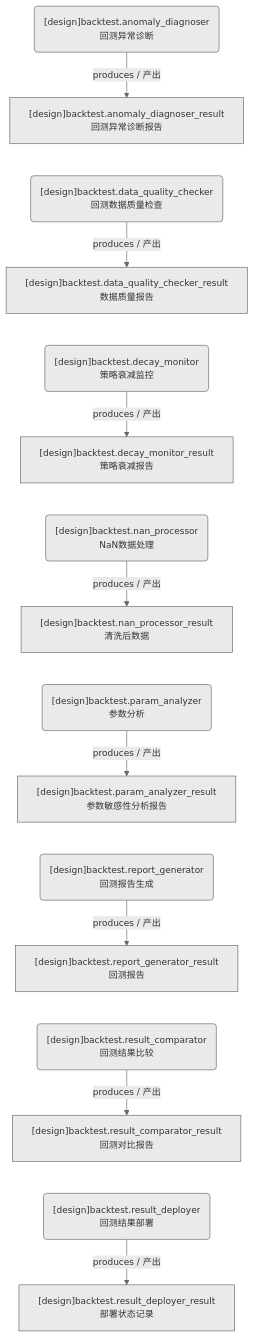
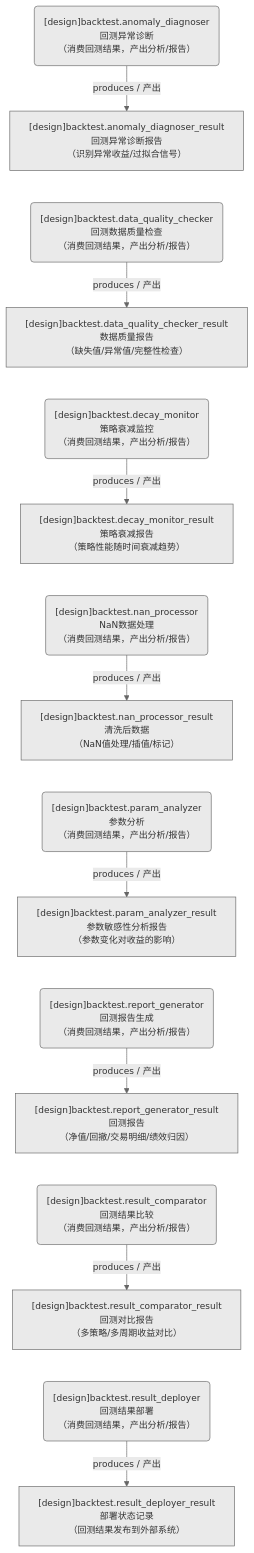
The second of 3 diagrams in docs/02_enterprise_architecture/05_dataflow_architecture/d_backtest.md (xuanFelixVan/ZephyrAlpha), drawn with Mermaid before and after one commit. The commit also changed other lines of this file and 11 other files, not shown here.

First line of the commit message:
feat(dataflow-diagram): 域文档新增全景合并图+运营态完整功能简述显示

````diff
--- a/docs/02_enterprise_architecture/05_dataflow_architecture/d_backtest.md
+++ b/docs/02_enterprise_architecture/05_dataflow_architecture/d_backtest.md
@@ -23,35 +81,35 @@
 ```mermaid
 %%{init: {'theme': 'base', 'themeVariables': {'primaryColor': '#eaeaea', 'primaryTextColor': '#333333', 'primaryBorderColor': '#666666', 'lineColor': '#666666', 'secondaryColor': '#eaeaea', 'tertiaryColor': '#eaeaea', 'fontSize': '14px'}}}%%
 flowchart TD
-    DS11245["[design]backtest.anomaly_diagnoser_result<br/>回测异常诊断报告"]
-    DS11246["[design]backtest.data_quality_checker_result<br/>数据质量报告"]
-    DS11247["[design]backtest.decay_monitor_result<br/>策略衰减报告"]
-    DS11248["[design]backtest.nan_processor_result<br/>清洗后数据"]
-    DS11249["[design]backtest.param_analyzer_result<br/>参数敏感性分析报告"]
-    DS11250["[design]backtest.report_generator_result<br/>回测报告"]
-    DS11251["[design]backtest.result_comparator_result<br/>回测对比报告"]
-    DS11252["[design]backtest.result_deployer_result<br/>部署状态记录"]
-    JOB757609("[design]backtest.anomaly_diagnoser<br/>回测异常诊断")
-    JOB757610("[design]backtest.data_quality_checker<br/>回测数据质量检查")
-    JOB757611("[design]backtest.decay_monitor<br/>策略衰减监控")
-    JOB757612("[design]backtest.nan_processor<br/>NaN数据处理")
-    JOB757613("[design]backtest.param_analyzer<br/>参数分析")
-    JOB757614("[design]backtest.report_generator<br/>回测报告生成")
-    JOB757615("[design]backtest.result_comparator<br/>回测结果比较")
-    JOB757616("[design]backtest.result_deployer<br/>回测结果部署")
+    DS11245["[design]backtest.anomaly_diagnoser_result<br/>回测异常诊断报告<br/>（识别异常收益/过拟合信号）"]
+    DS11246["[design]backtest.data_quality_checker_result<br/>数据质量报告<br/>（缺失值/异常值/完整性检查）"]
+    DS11247["[design]backtest.decay_monitor_result<br/>策略衰减报告<br/>（策略性能随时间衰减趋势）"]
+    DS11248["[design]backtest.nan_processor_result<br/>清洗后数据<br/>（NaN值处理/插值/标记）"]
+    DS11249["[design]backtest.param_analyzer_result<br/>参数敏感性分析报告<br/>（参数变化对收益的影响）"]
+    DS11250["[design]backtest.report_generator_result<br/>回测报告<br/>（净值/回撤/交易明细/绩效归因）"]
+    DS11251["[design]backtest.result_comparator_result<br/>回测对比报告<br/>（多策略/多周期收益对比）"]
+    DS11252["[design]backtest.result_deployer_result<br/>部署状态记录<br/>（回测结果发布到外部系统）"]
+    JOB757609("[design]backtest.anomaly_diagnoser<br/>回测异常诊断<br/>（消费回测结果，产出分析/报告）")
+    JOB757610("[design]backtest.data_quality_checker<br/>回测数据质量检查<br/>（消费回测结果，产出分析/报告）")
+    JOB757611("[design]backtest.decay_monitor<br/>策略衰减监控<br/>（消费回测结果，产出分析/报告）")
+    JOB757612("[design]backtest.nan_processor<br/>NaN数据处理<br/>（消费回测结果，产出分析/报告）")
+    JOB757613("[design]backtest.param_analyzer<br/>参数分析<br/>（消费回测结果，产出分析/报告）")
+    JOB757614("[design]backtest.report_generator<br/>回测报告生成<br/>（消费回测结果，产出分析/报告）")
+    JOB757615("[design]backtest.result_comparator<br/>回测结果比较<br/>（消费回测结果，产出分析/报告）")
+    JOB757616("[design]backtest.result_deployer<br/>回测结果部署<br/>（消费回测结果，产出分析/报告）")
     JOB757609 -->|produces / 产出| DS11245
     JOB757610 -->|produces / 产出| DS11246
     JOB757611 -->|produces / 产出| DS11247
     JOB757612 -->|produces / 产出| DS11248
     JOB757613 -->|produces / 产出| DS11249
     JOB757614 -->|produces / 产出| DS11250
     JOB757615 -->|produces / 产出| DS11251
     JOB757616 -->|produces / 产出| DS11252
     DS11245 ~~~ JOB757610
     DS11246 ~~~ JOB757611
     DS11247 ~~~ JOB757612
     DS11248 ~~~ JOB757613
     DS11249 ~~~ JOB757614
     DS11250 ~~~ JOB757615
     DS11251 ~~~ JOB757616
 ```
````
